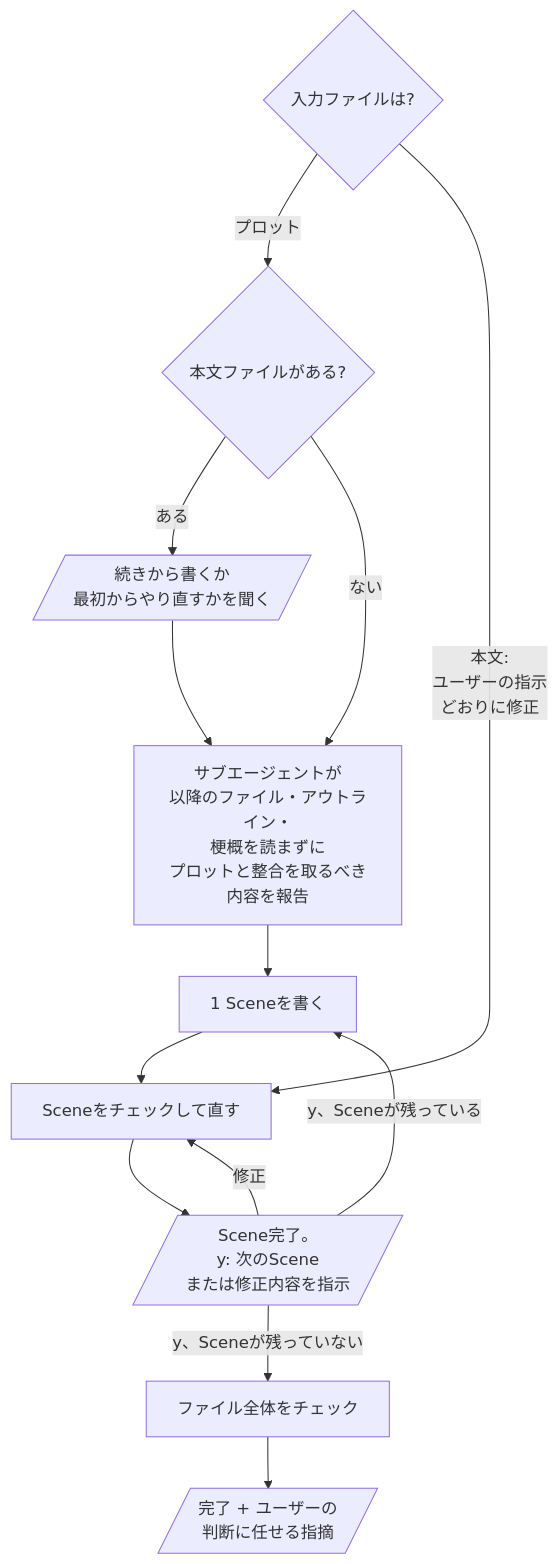
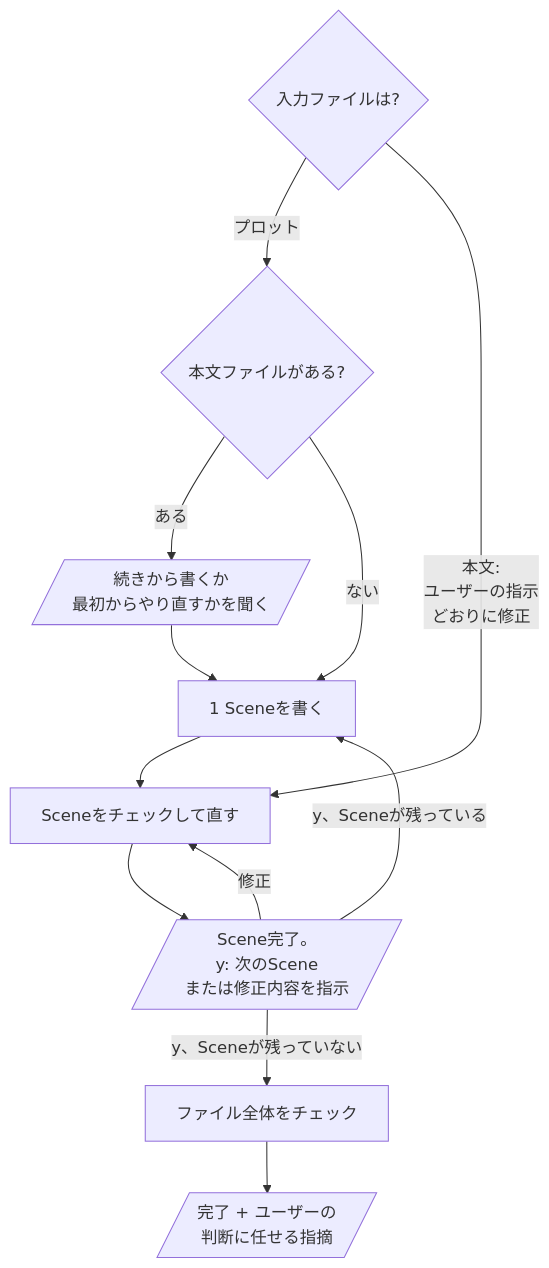
The diagram in domains/story/skills/write/README.ja.md (omni-stove/skill-kit), drawn with Mermaid before and after one commit. The commit also changed other lines of this file and 112 other files, not shown here.

````diff
--- a/domains/story/skills/write/README.ja.md
+++ b/domains/story/skills/write/README.ja.md
@@ -7,16 +3,15 @@
 ```mermaid
 flowchart TD
   input{入力ファイルは?}
   input -- "プロット" --> exists{本文ファイルがある?}
   exists -- "ある" --> ask[/続きから書くか<br/>最初からやり直すかを聞く/]
-  exists -- "ない" --> agent
-  ask --> agent[サブエージェントが<br/>以降のファイル・アウトライン・<br/>梗概を読まずに<br/>プロットと整合を取るべき<br/>内容を報告]
-  agent --> write[1 Sceneを書く]
+  exists -- "ない" --> write
+  ask --> write[1 Sceneを書く]
   write --> check[Sceneをチェックして直す]
   check --> reply[/"Scene完了。<br/>y: 次のScene<br/>または修正内容を指示"/]
   reply -- "y、Sceneが残っている" --> write
   reply -- "y、Sceneが残っていない" --> final[ファイル全体をチェック]
   final --> done[/"完了 + ユーザーの<br/>判断に任せる指摘"/]
   reply -- "修正" --> check
   input -- "本文:<br/>ユーザーの指示<br/>どおりに修正" --> check
 ```
````
